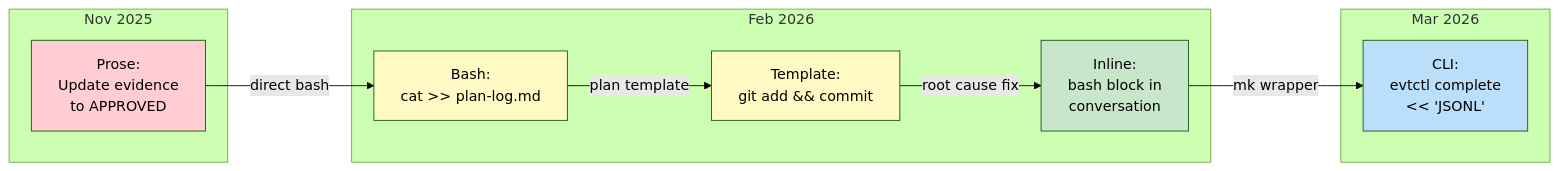
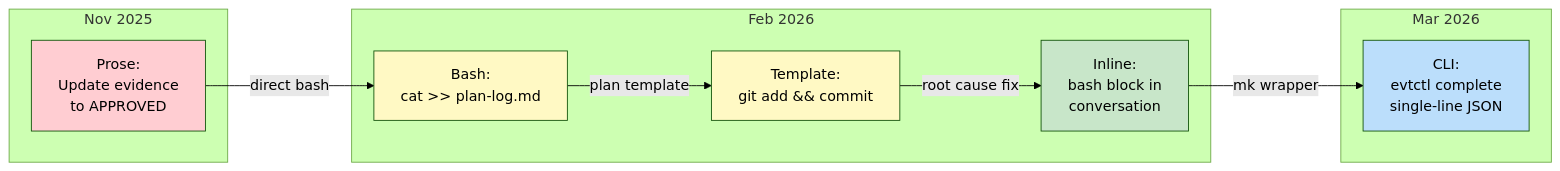
One commit to binaryphile/tandem-protocol changed the second of 6 diagrams in docs/evolution.md. Above: the diagram before and after it, drawn with Mermaid (forest theme). The commit also changed other lines of this file and 9 other files, not shown here.

Commit message:
feat: migrate event payloads from JSONL heredocs to single-line JSON

````diff
--- a/docs/evolution.md
+++ b/docs/evolution.md
@@ -97,25 +98,25 @@
 ```mermaid
 flowchart LR
     subgraph "Nov 2025"
         A["Prose:<br/>Update evidence<br/>to APPROVED"]
     end
     subgraph "Feb 2026"
         B["Bash:<br/>cat >> plan-log.md"]
         C["Template:<br/>git add && commit"]
         D["Inline:<br/>bash block in<br/>conversation"]
     end
     subgraph "Mar 2026"
-        E["CLI:<br/>evtctl complete<br/><< 'JSONL'"]
+        E["CLI:<br/>evtctl complete<br/>single-line JSON"]
     end
 
     A -->|"direct bash"| B
     B -->|"plan template"| C
     C -->|"root cause fix"| D
     D -->|"mk wrapper"| E
 
     style A fill:#ffcdd2
     style B fill:#fff9c4
     style C fill:#fff9c4
     style D fill:#c8e6c9
     style E fill:#bbdefb
 ```
````
